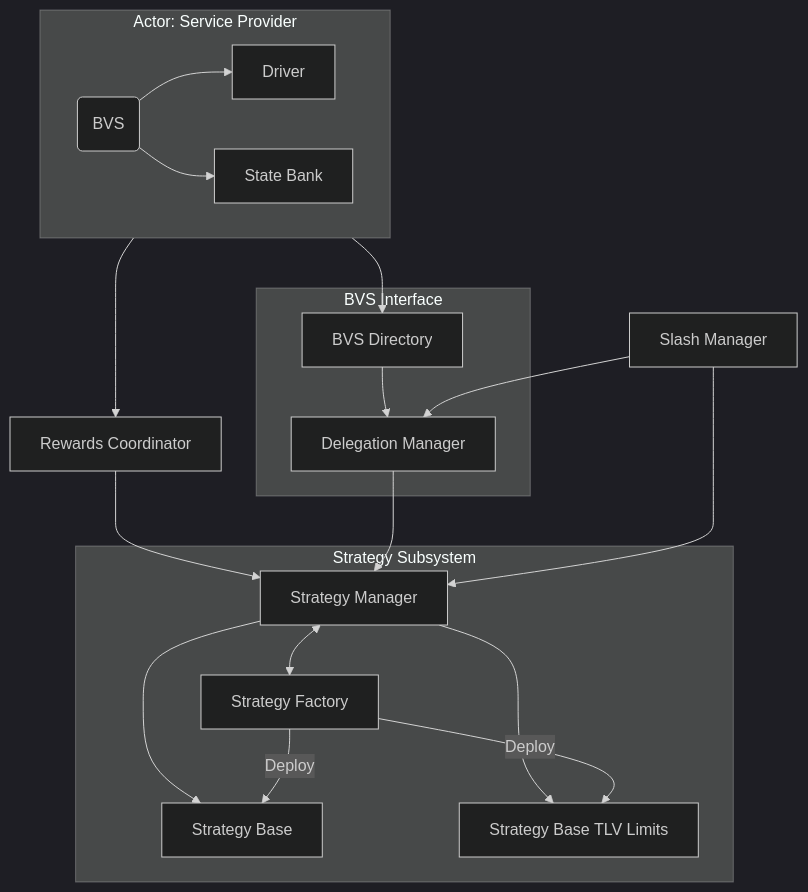
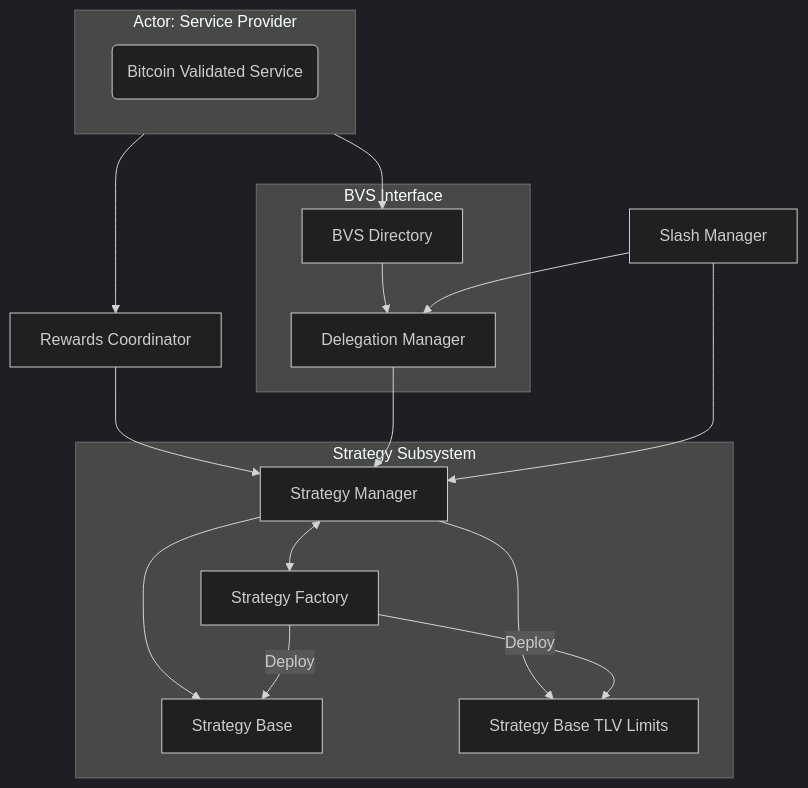
One commit to satlayer/satlayer-bvs changed the diagram in crates/README.md. Above: the diagram before and after it, drawn with Mermaid (dark theme). The commit also changed other lines of this file and 51 other files, not shown here.

Commit message:
chore: remove state_bank and bvs_driver

````diff
--- a/crates/README.md
+++ b/crates/README.md
@@ -11,38 +11,35 @@
 ```mermaid
 flowchart TD
 %% Nodes
-    BVS("BVS")
-    DR["Driver"]
-    ST["State Bank"]
+    BVS("Bitcoin Validated Service")
     DI["BVS Directory"]
     DM["Delegation Manager"]
     SM["Strategy Manager"]
     SF["Strategy Factory"]
     SB["Strategy Base"]
     SBT["Strategy Base TLV Limits"]
     SL["Slash Manager"]
     RC["Rewards Coordinator"]
 
 
 %% Edge connections between nodes
     subgraph SP[Actor: Service Provider]
-    BVS --> DR
-    BVS --> ST
+    BVS
     end
     subgraph IN["BVS Interface"]
     DI --> DM
     end
     subgraph Strategy Subsystem
     SM --> SB
     SM --> SBT
     SM <--> SF
     SF -->|Deploy| SB
     SF -->|Deploy| SBT
     end
     SL --> DM
     RC --> SM
     SP --> RC
     DM --> SM
     SP --> DI
     SL --> SM
 ```
````
